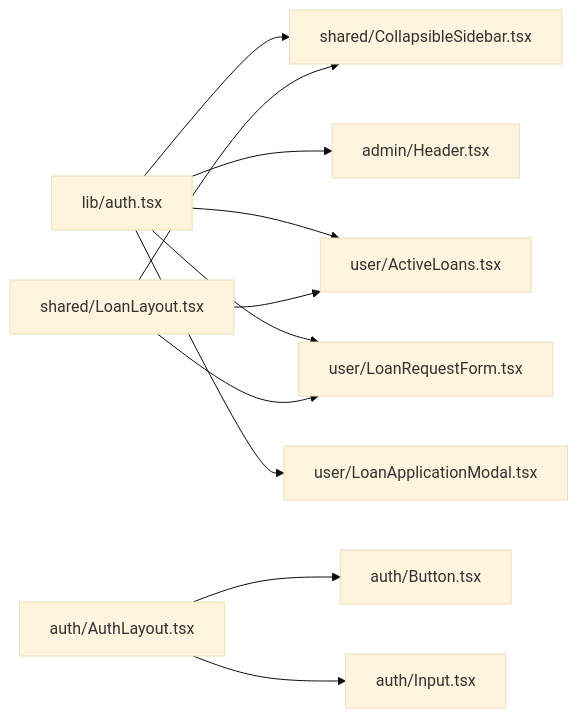
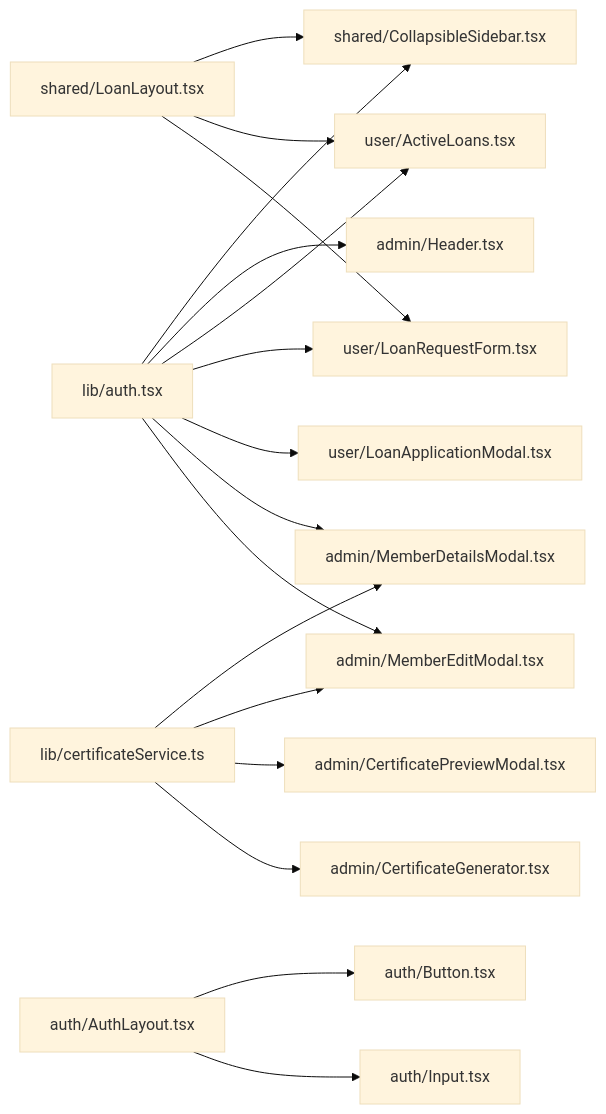
Before and after one commit to Unsure-bry/sampacoop_system: the tenth of 10 diagrams in .qoder/repowiki/en/content/UI Components & Design System/UI Components & Design System.md, drawn with Mermaid (base theme). The commit also changed other lines of this file and 24 other files, not shown here.

````diff
--- a/.qoder/repowiki/en/content/UI Components & Design System/UI Components & Design System.md
+++ b/.qoder/repowiki/en/content/UI Components & Design System/UI Components & Design System.md
@@ -420,13 +593,19 @@
 ```mermaid
 graph LR
 AU["lib/auth.tsx"] --> SCS["shared/CollapsibleSidebar.tsx"]
 AU --> AH["admin/Header.tsx"]
 AU --> UL["user/ActiveLoans.tsx"]
 AU --> ULF["user/LoanRequestForm.tsx"]
 AU --> ULA["user/LoanApplicationModal.tsx"]
+AU --> AMD["admin/MemberDetailsModal.tsx"]
+AU --> AEM["admin/MemberEditModal.tsx"]
 SLL["shared/LoanLayout.tsx"] --> SCS
 SLL --> UL
 SLL --> ULF
 AL["auth/AuthLayout.tsx"] --> AB["auth/Button.tsx"]
 AL --> AI["auth/Input.tsx"]
+ACS["lib/certificateService.ts"] --> AMD
+ACS --> AEM
+ACS --> CCM["admin/CertificatePreviewModal.tsx"]
+ACS --> CG["admin/CertificateGenerator.tsx"]
 ```
````
